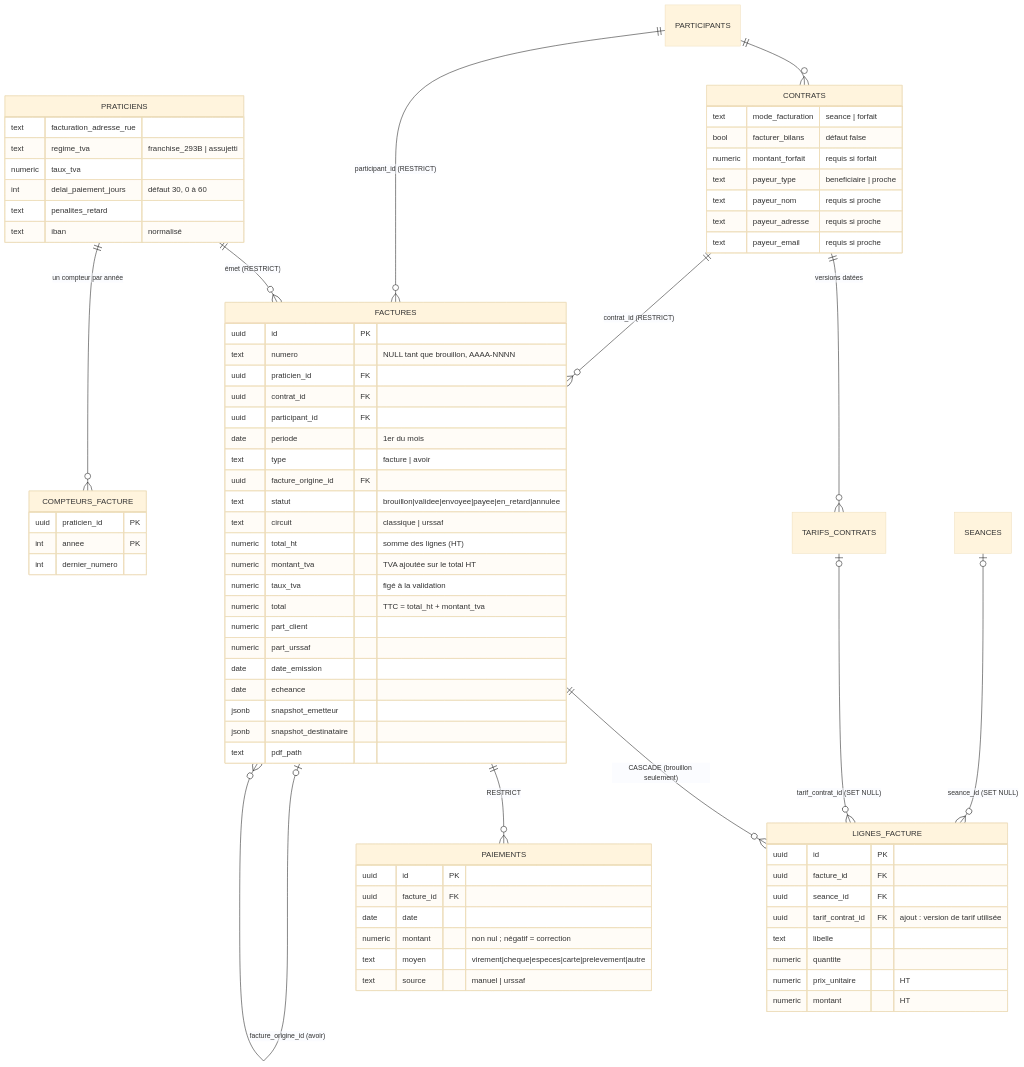
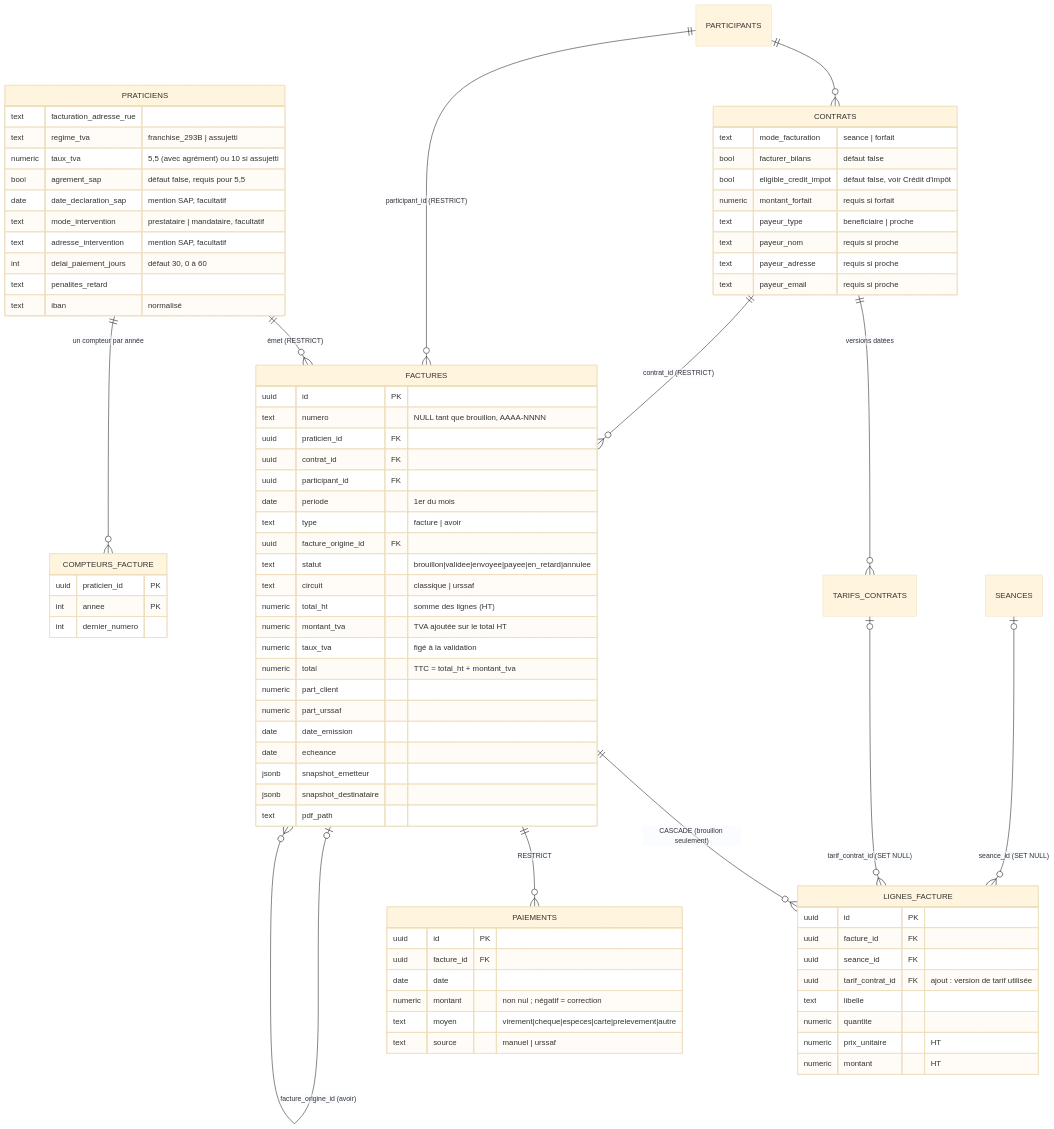
One commit to lorenzoht-sys/Horizon-app changed the diagram in docs/FACTURATION.md. Above: the diagram before and after it, drawn with Mermaid (base theme). The commit also changed other lines of this file and 3 other files, not shown here.

First line of the commit message:
feat(facturation): étape 2, crédit d'impôt, taux de TVA encadrés et mentions SAP (#120)

```diff
--- a/docs/FACTURATION.md
+++ b/docs/FACTURATION.md
@@ -31,7 +31,11 @@
     PRATICIENS {
         text facturation_adresse_rue
         text regime_tva "franchise_293B | assujetti"
-        numeric taux_tva
+        numeric taux_tva "5,5 (avec agrément) ou 10 si assujetti"
+        bool agrement_sap "défaut false, requis pour 5,5"
+        date date_declaration_sap "mention SAP, facultatif"
+        text mode_intervention "prestataire | mandataire, facultatif"
+        text adresse_intervention "mention SAP, facultatif"
         int delai_paiement_jours "défaut 30, 0 à 60"
         text penalites_retard
         text iban "normalisé"
@@ -39,6 +43,7 @@
     CONTRATS {
         text mode_facturation "seance | forfait"
         bool facturer_bilans "défaut false"
+        bool eligible_credit_impot "défaut false, voir Crédit d'impôt"
         numeric montant_forfait "requis si forfait"
         text payeur_type "beneficiaire | proche"
         text payeur_nom "requis si proche"
```
